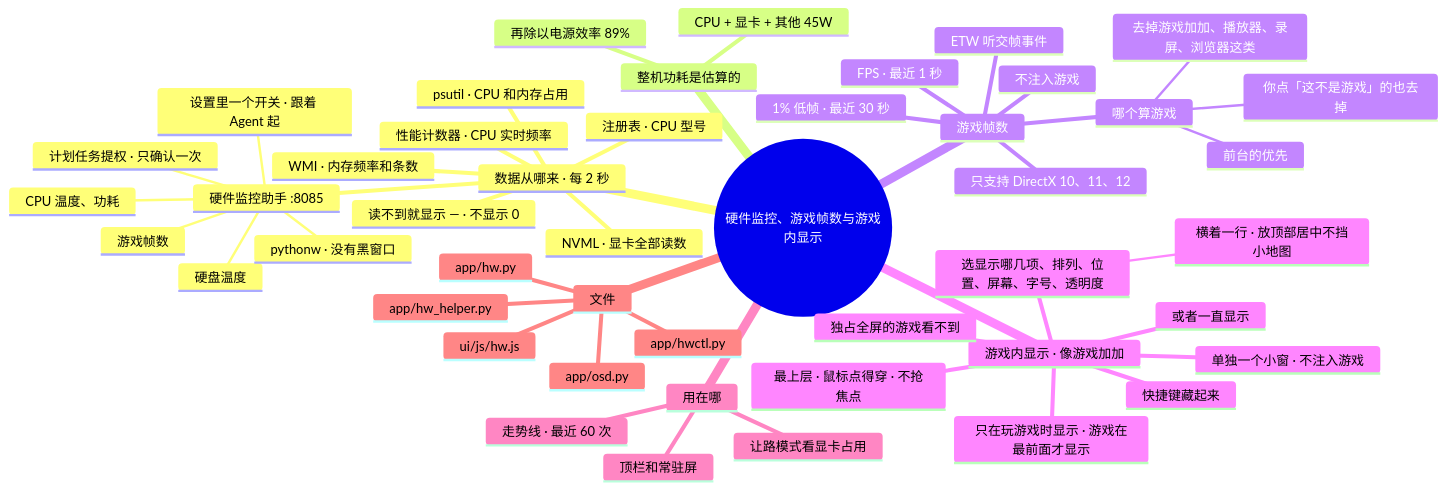
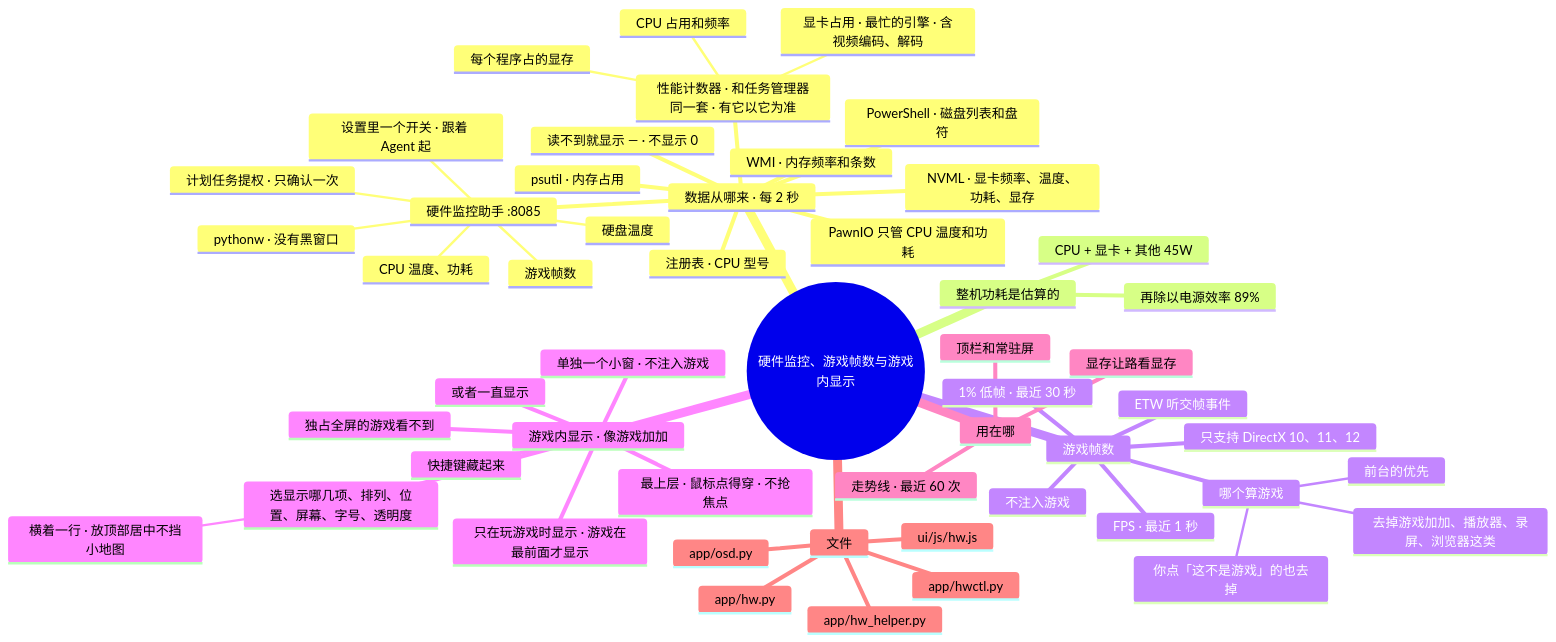
Before and after one commit to lql-076/Experiment-Agent-One: the diagram in docs/AI文档/架构/11-硬件监控与游戏帧数.md, drawn with Mermaid. The commit also changed other lines of this file and 23 other files, not shown here.

````diff
--- a/docs/AI文档/架构/11-硬件监控与游戏帧数.md
+++ b/docs/AI文档/架构/11-硬件监控与游戏帧数.md
@@ -9,51 +9,56 @@
 ```mermaid
 mindmap
   root((硬件监控、游戏帧数与游戏内显示))
     数据从哪来 · 每 2 秒
       硬件监控助手 :8085
       :::svc-hw
         CPU 温度、功耗
         硬盘温度
         游戏帧数
         设置里一个开关 · 跟着 Agent 起
         计划任务提权 · 只确认一次
         pythonw · 没有黑窗口
-      性能计数器 · CPU 实时频率
+      性能计数器 · 和任务管理器同一套 · 有它以它为准
+        CPU 占用和频率
+        显卡占用 · 最忙的引擎 · 含视频编码、解码
+        每个程序占的显存
+      PawnIO 只管 CPU 温度和功耗
       读不到就显示 — · 不显示 0
-      NVML · 显卡全部读数
-      psutil · CPU 和内存占用
+      NVML · 显卡频率、温度、功耗、显存
+      psutil · 内存占用
+      PowerShell · 磁盘列表和盘符
       注册表 · CPU 型号
       WMI · 内存频率和条数
     整机功耗是估算的
       CPU + 显卡 + 其他 45W
       再除以电源效率 89%
     游戏帧数
       ETW 听交帧事件
       不注入游戏
       FPS · 最近 1 秒
       1% 低帧 · 最近 30 秒
       只支持 DirectX 10、11、12
       哪个算游戏
         去掉游戏加加、播放器、录屏、浏览器这类
         你点「这不是游戏」的也去掉
         前台的优先
     游戏内显示 · 像游戏加加
       单独一个小窗 · 不注入游戏
       最上层 · 鼠标点得穿 · 不抢焦点
       选显示哪几项、排列、位置、屏幕、字号、透明度
         横着一行 · 放顶部居中不挡小地图
       只在玩游戏时显示 · 游戏在最前面才显示
       或者一直显示
       快捷键藏起来
       独占全屏的游戏看不到
     用在哪
       顶栏和常驻屏
       走势线 · 最近 60 次
-      让路模式看显卡占用
+      显存让路看显存
     文件
       app/hw.py
       app/osd.py
       app/hw_helper.py
       app/hwctl.py
       ui/js/hw.js
 ```
````
